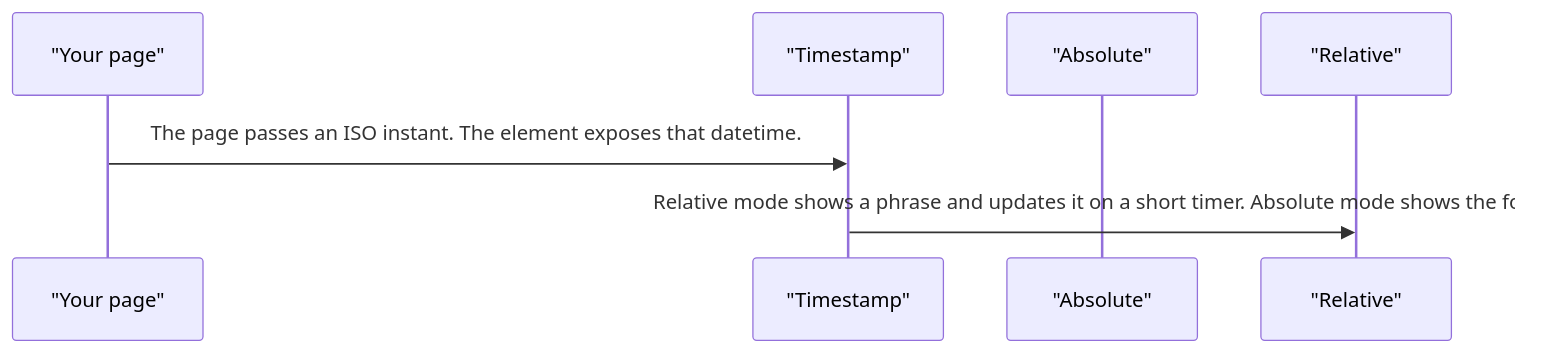
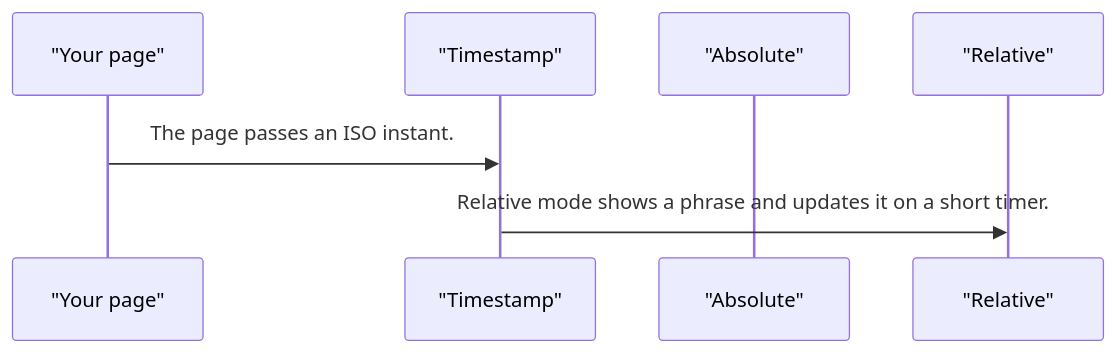
Before and after one commit to RajshekharBorate/pixel-ui: the second of 3 diagrams in projects/pixel-ui/src/lib/pixel-timestamp/DESIGN.md, drawn with Mermaid. The commit also changed other lines of this file and 80 other files, not shown here.

Commit message:
Fill missing design flows and correct the stories that did not match component behavior.

````diff
--- a/projects/pixel-ui/src/lib/pixel-timestamp/DESIGN.md
+++ b/projects/pixel-ui/src/lib/pixel-timestamp/DESIGN.md
@@ -45,9 +45,9 @@
 ```mermaid
 sequenceDiagram
   participant page as "Your page"
   participant stamp as "Timestamp"
   participant abs as "Absolute"
   participant rel as "Relative"
-  page->>stamp: The page passes an ISO instant. The element exposes that datetime.
-  stamp->>rel: Relative mode shows a phrase and updates it on a short timer. Absolute mode shows the form
+  page->>stamp: The page passes an ISO instant.
+  stamp->>rel: Relative mode shows a phrase and updates it on a short timer.
 ```
````
